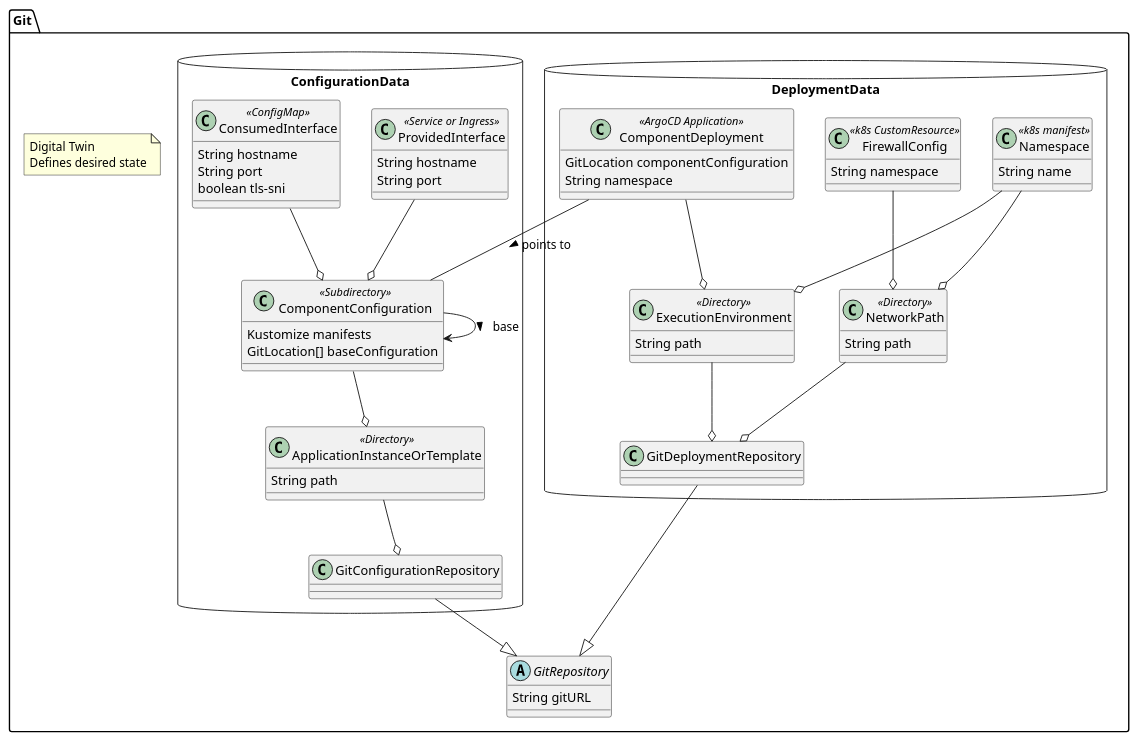
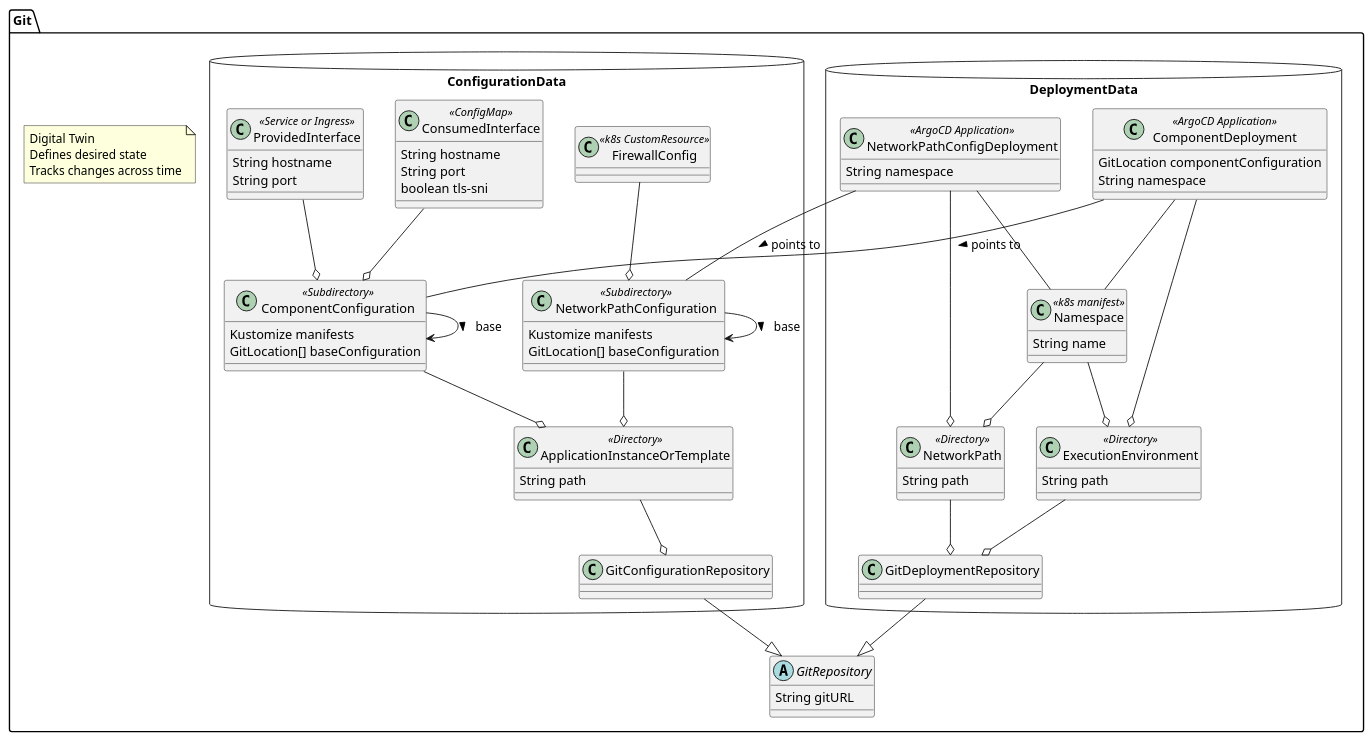
One commit to sa-mw-dach/manuela changed the diagram in docs/architecture/metamodel.git.plantuml. Above: the diagram before and after it, drawn with PlantUML. The commit also changed 1 other file, not shown here.

Commit message:
moved namespace back to deployment

```diff
--- a/docs/architecture/metamodel.git.plantuml
+++ b/docs/architecture/metamodel.git.plantuml
@@ -1,70 +1,90 @@
 @startuml
 namespace Git {
+    note "Digital Twin\nDefines desired state\nTracks changes across time" as notedigitaltwin
+    'Git.ConfigurationData .up. notedigitaltwin
+    'Git.DeploymentData .left. notedigitaltwin
+
     abstract class GitRepository
     GitRepository : String gitURL
 
     namespace DeploymentData <<Database>> {
         class ComponentDeployment <<ArgoCD Application>>
         ComponentDeployment : GitLocation componentConfiguration
         ComponentDeployment : String namespace
 
+        class NetworkPathConfigDeployment <<ArgoCD Application>>
+        NetworkPathConfigDeployment : String namespace
+
         class Namespace <<k8s manifest>>
         Namespace : String name
-
-        class FirewallConfig <<k8s CustomResource>>
-        FirewallConfig : String namespace
 
         class ExecutionEnvironment <<Directory>>
         ExecutionEnvironment : String path
 
         class NetworkPath <<Directory>>
         NetworkPath : String path
 
         class GitDeploymentRepository
 
-        Namespace --o ExecutionEnvironment
         ComponentDeployment --o ExecutionEnvironment 
         ExecutionEnvironment --o GitDeploymentRepository 
 
-        Namespace --o NetworkPath 
-        FirewallConfig --o NetworkPath
+        NetworkPathConfigDeployment --o NetworkPath
         NetworkPath --o GitDeploymentRepository
+
+        NetworkPathConfigDeployment -- Namespace
+        ComponentDeployment -- Namespace
+
+        "Namespace" --o ExecutionEnvironment
+        "Namespace" --o NetworkPath
     } 
 
     namespace ConfigurationData <<Database>> {
         class ComponentConfiguration <<Subdirectory>>
         ComponentConfiguration : Kustomize manifests
         ComponentConfiguration : GitLocation[] baseConfiguration
         ComponentConfiguration --> ComponentConfiguration : base >
 
         class ProvidedInterface <<Service or Ingress>>
         ProvidedInterface : String hostname
         ProvidedInterface : String port
 
         class ConsumedInterface <<ConfigMap>>
         ConsumedInterface : String hostname
         ConsumedInterface : String port
         ConsumedInterface : boolean tls-sni
 
+        class NetworkPathConfiguration <<Subdirectory>>
+        NetworkPathConfiguration : Kustomize manifests
+        NetworkPathConfiguration : GitLocation[] baseConfiguration
+        NetworkPathConfiguration --> NetworkPathConfiguration : base >
+
+        class FirewallConfig <<k8s CustomResource>>
+
         class ApplicationInstanceOrTemplate <<Directory>>
         ApplicationInstanceOrTemplate : String path
 
         class GitConfigurationRepository
 
         ComponentConfiguration --o ApplicationInstanceOrTemplate 
+        NetworkPathConfiguration --o ApplicationInstanceOrTemplate 
+        FirewallConfig --o NetworkPathConfiguration
         
         ProvidedInterface --o ComponentConfiguration
         ConsumedInterface --o ComponentConfiguration
 
         ApplicationInstanceOrTemplate --o GitConfigurationRepository
+
+'        note "these are deployment specific -\nshouldn't they be deployment data?" as notedeploymentspecific
+'        notedeploymentspecific -- ConsumedInterface
+'        notedeploymentspecific -- ProvidedInterface
+
     }
 
     Git.DeploymentData.GitDeploymentRepository --|> GitRepository 
     Git.ConfigurationData.GitConfigurationRepository --|> GitRepository
     Git.DeploymentData.ComponentDeployment -- Git.ConfigurationData.ComponentConfiguration : points to >
+    Git.DeploymentData.NetworkPathConfigDeployment -- Git.ConfigurationData.NetworkPathConfiguration : points to >
 
-    note "Digital Twin\nDefines desired state" as notedigitaltwin
-    'ConfigurationData .up. notedigitaltwin
-    'DeploymentData .left. notedigitaltwin
 }
 @enduml
```
